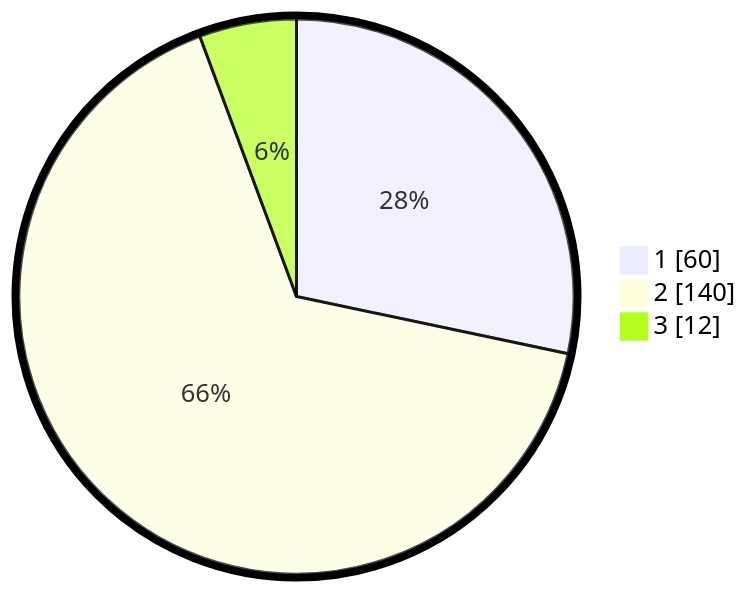
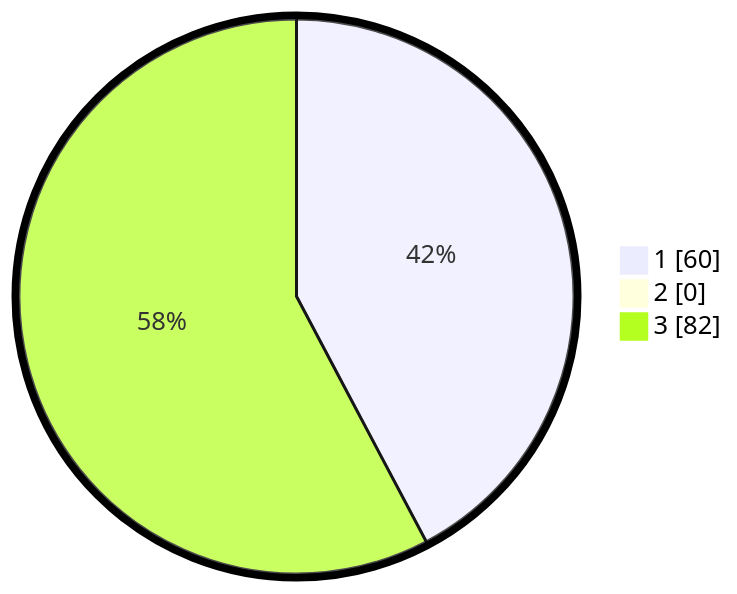
Before and after one commit to gigit-pemilu/pemilu-2024-52-nusa-tenggara-barat: the second of 2 diagrams in pilpres/hitung-suara/sub/52-nusa-tenggara-barat/sub/01-lombok-barat/sub/03-narmada/sub/2007-sedau/sub/016-tps/README.md, drawn with Mermaid. The commit also changed other lines of this file and 721 other files, not shown here.

````diff
--- a/pilpres/hitung-suara/sub/52-nusa-tenggara-barat/sub/01-lombok-barat/sub/03-narmada/sub/2007-sedau/sub/016-tps/README.md
+++ b/pilpres/hitung-suara/sub/52-nusa-tenggara-barat/sub/01-lombok-barat/sub/03-narmada/sub/2007-sedau/sub/016-tps/README.md
@@ -13,7 +13,7 @@
 ```mermaid
 %%{init: {"pie": {"textPosition": 0.5}, "themeVariables": {"pieOuterStrokeWidth": "5px"}} }%%
 pie showData
     "1" : 60
-    "2" : 140
-    "3" : 12
+    "2" : 0
+    "3" : 82
 ```
````
